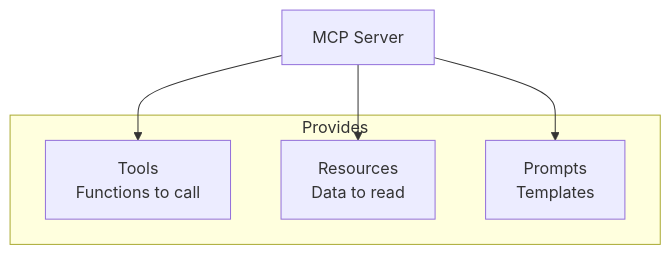
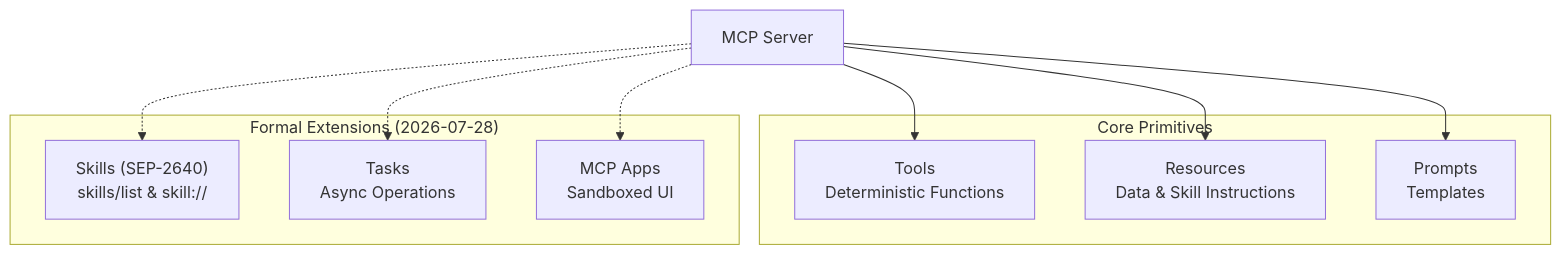
Before and after one commit to imagarg01/LearningStuff: the third of 7 diagrams in docs/AI/MCP/01_architecture.md, drawn with Mermaid. The commit also changed other lines of this file and 29 other files, not shown here.

Commit message:
Feat: updated skills and mcp docs

````diff
--- a/docs/AI/MCP/01_architecture.md
+++ b/docs/AI/MCP/01_architecture.md
@@ -69,14 +70,23 @@
 ```mermaid
 graph TB
     Server[MCP Server]
     
-    subgraph "Provides"
-        T[Tools<br/>Functions to call]
-        R[Resources<br/>Data to read]
+    subgraph "Core Primitives"
+        T[Tools<br/>Deterministic Functions]
+        R[Resources<br/>Data & Skill Instructions]
         P[Prompts<br/>Templates]
+    end
+    
+    subgraph "Formal Extensions (2026-07-28)"
+        Skills["Skills (SEP-2640)<br/>skills/list & skill://"]
+        Tasks[Tasks<br/>Async Operations]
+        Apps[MCP Apps<br/>Sandboxed UI]
     end
     
     Server --> T
     Server --> R
     Server --> P
+    Server -.-> Skills
+    Server -.-> Tasks
+    Server -.-> Apps
 ```
````
